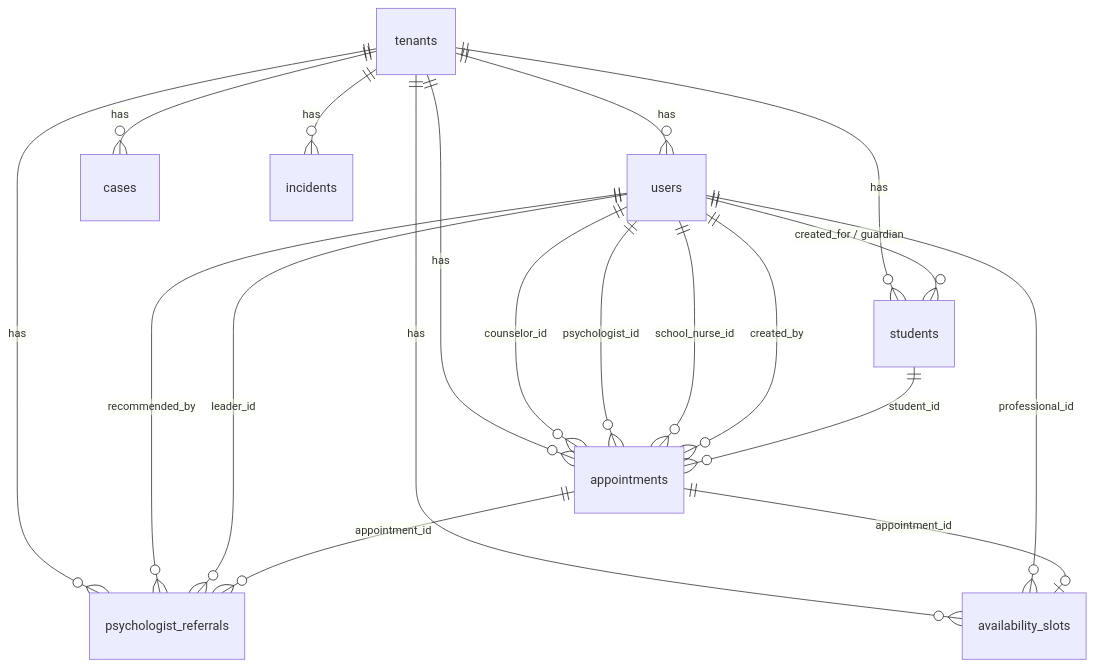
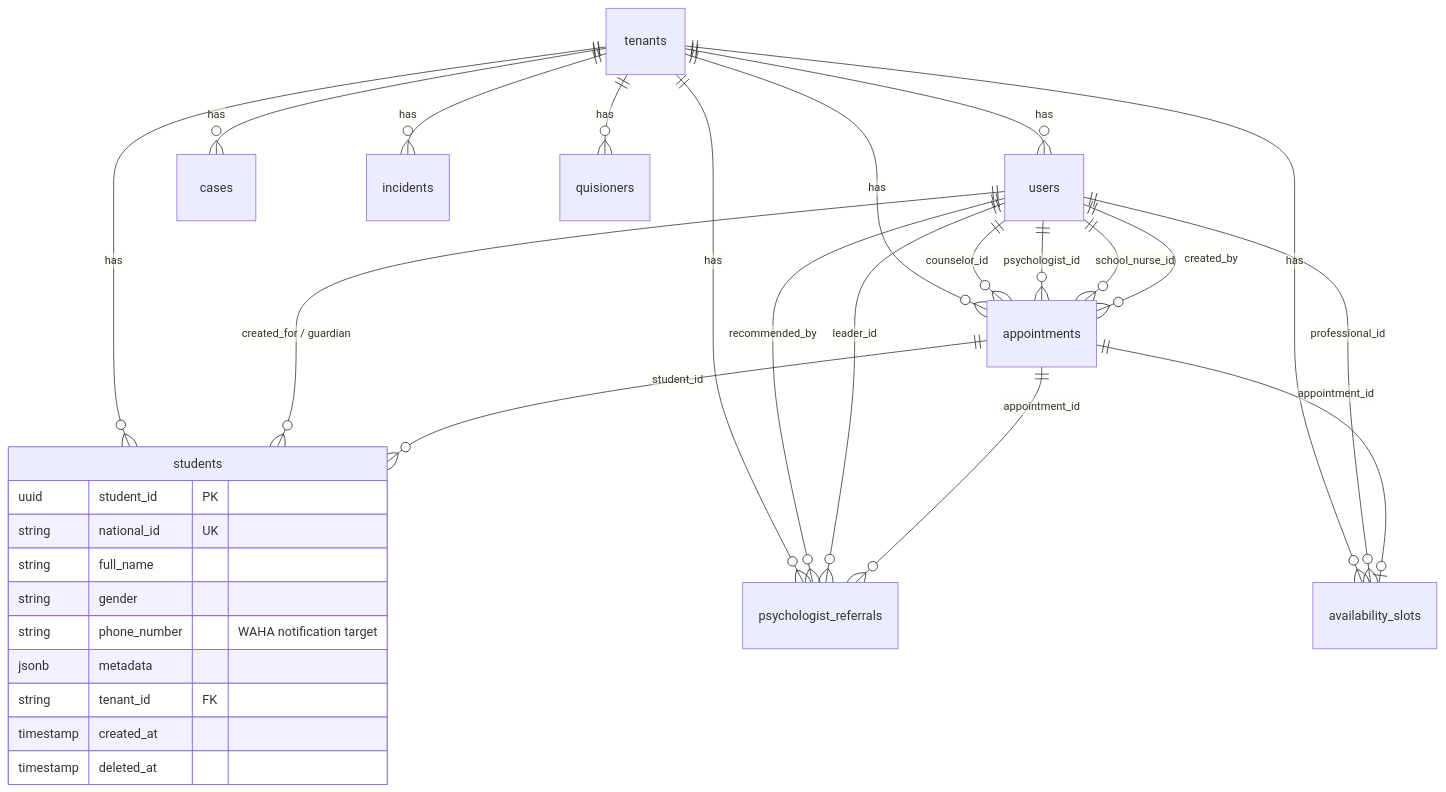
The fifth of 6 diagrams in README.md (dedebono/SWIMS-HBICS), drawn with Mermaid before and after one commit. The commit also changed other lines of this file and 28 other files, not shown here.

````diff
--- a/README.md
+++ b/README.md
@@ -238,23 +250,35 @@
 ```mermaid
 erDiagram
   tenants ||--o{ users : "has"
   tenants ||--o{ students : "has"
   tenants ||--o{ appointments : "has"
   tenants ||--o{ availability_slots : "has"
   tenants ||--o{ psychologist_referrals : "has"
   tenants ||--o{ cases : "has"
   tenants ||--o{ incidents : "has"
+  tenants ||--o{ quisioners : "has"
 
   users ||--o{ appointments : "counselor_id"
   users ||--o{ appointments : "psychologist_id"
   users ||--o{ appointments : "school_nurse_id"
   users ||--o{ appointments : "created_by"
   users ||--o{ students : "created_for / guardian"
   users ||--o{ psychologist_referrals : "recommended_by"
   users ||--o{ psychologist_referrals : "leader_id"
   users ||--o{ availability_slots : "professional_id"
 
-  students ||--o{ appointments : "student_id"
+  students {
+    uuid student_id PK
+    string national_id UK
+    string full_name
+    string gender
+    string phone_number "WAHA notification target"
+    jsonb metadata
+    string tenant_id FK
+    timestamp created_at
+    timestamp deleted_at
+  }
+  appointments ||--o{ students : "student_id"
   appointments ||--o{ psychologist_referrals : "appointment_id"
   appointments ||--o| availability_slots : "appointment_id"
 ```
````
